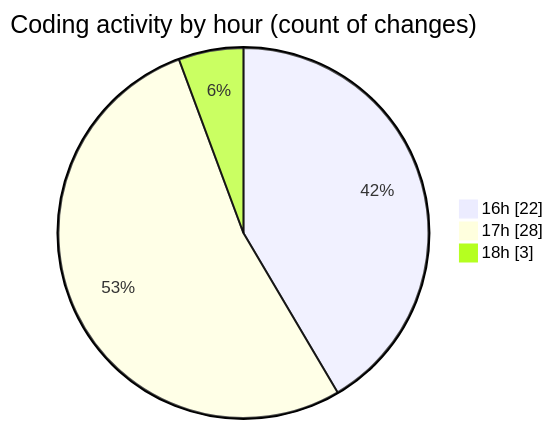
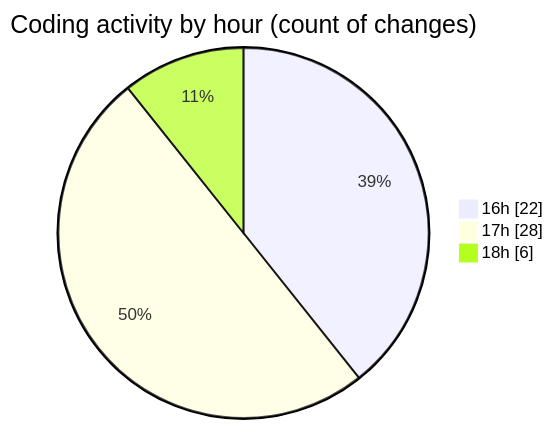
Before and after one commit to becaeroporto-bot/code-tracking: the second of 2 diagrams in 2026-02-17/bot_v1_2/README.md, drawn with Mermaid. The commit also changed other lines of this file and 1 other file, not shown here.

````diff
--- a/2026-02-17/bot_v1_2/README.md
+++ b/2026-02-17/bot_v1_2/README.md
@@ -47,7 +47,7 @@
 ```mermaid
 pie showData
 title Coding activity by hour (count of changes)
 "16h" : 22
 "17h" : 28
-"18h" : 3
+"18h" : 6
 ```
````
